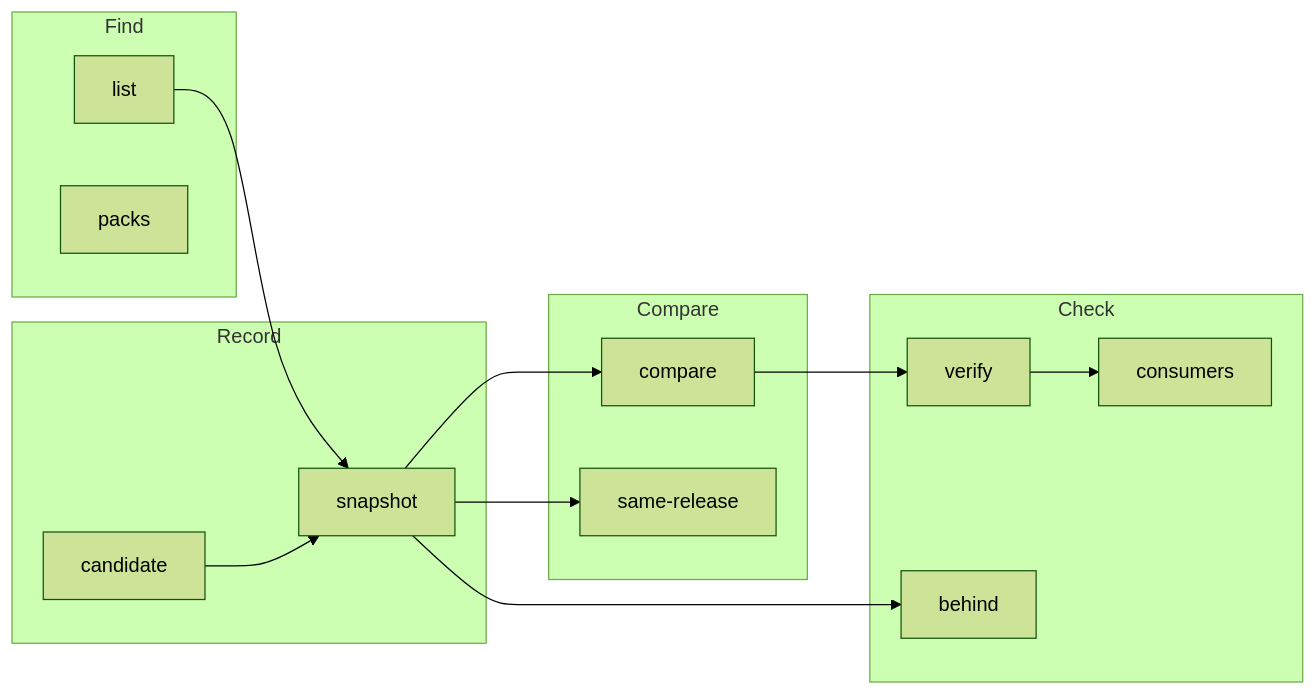
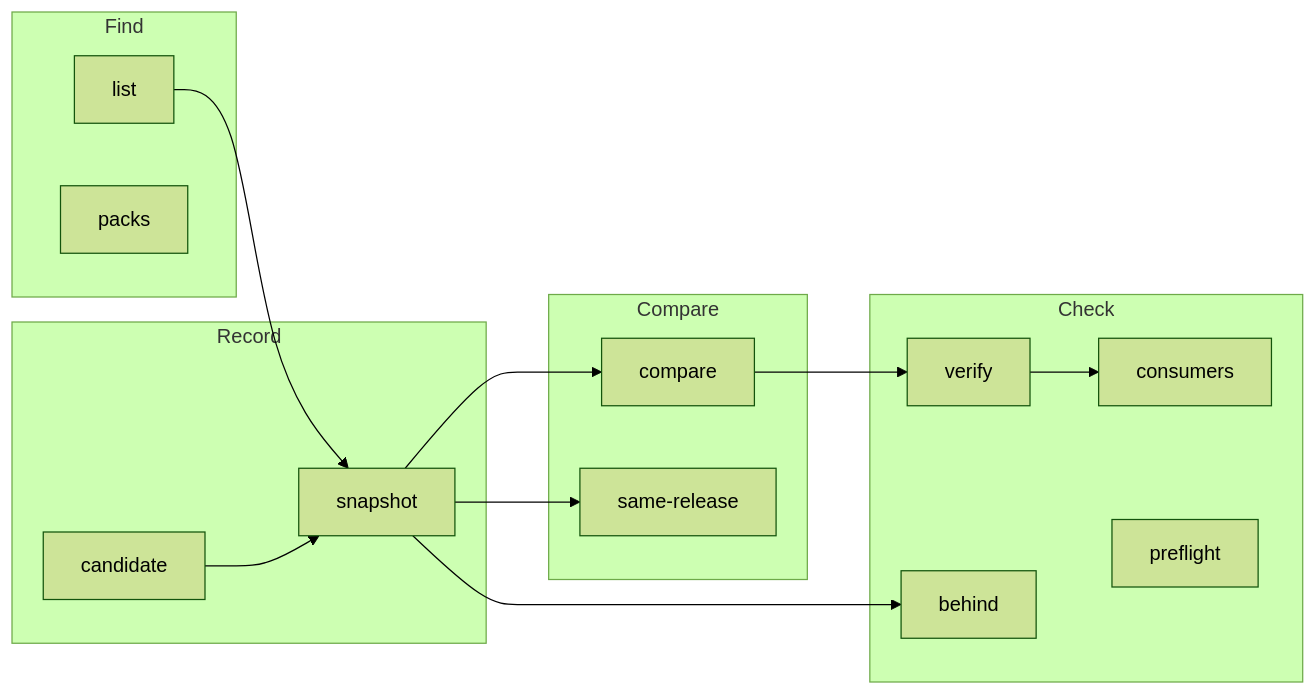
Before and after one commit to como-technologies/strata: the diagram in docs/src/commands/index.md, drawn with Mermaid (forest theme). The commit also changed other lines of this file and 31 other files, not shown here.

````diff
--- a/docs/src/commands/index.md
+++ b/docs/src/commands/index.md
@@ -14,25 +14,26 @@
 ```mermaid
 flowchart LR
   subgraph Find
     list
     packs
   end
   subgraph Record
     snapshot
     candidate
   end
   subgraph Compare
     compare
     same-release
   end
   subgraph Check
     verify
     consumers
     behind
+    preflight
   end
   list --> snapshot --> compare --> verify
   candidate --> snapshot
   snapshot --> same-release
   verify --> consumers
   snapshot --> behind
 ```
````
